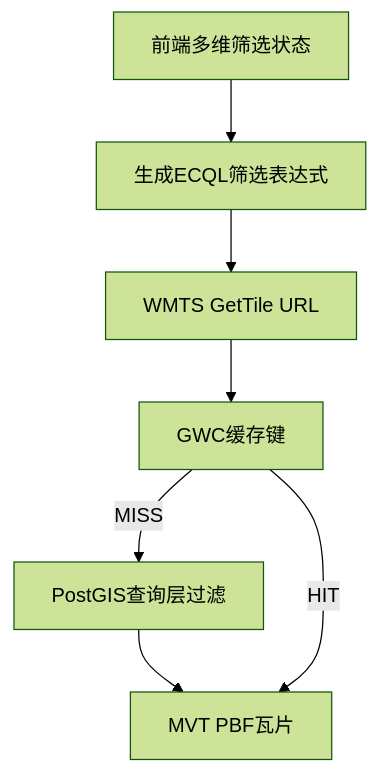
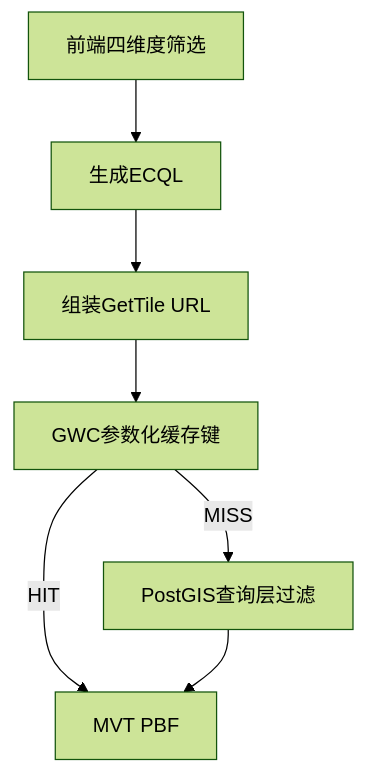
Before and after one commit to zheyi420/Dev-Wiki: the second of 7 diagrams in Blog/mvt-webgl_heatmap-ccl/02-服务层-MVT瓦片与按需明细查询.md, drawn with Mermaid (forest theme). The commit also changed other lines of this file, not shown here.

````diff
--- a/Blog/mvt-webgl_heatmap-ccl/02-服务层-MVT瓦片与按需明细查询.md
+++ b/Blog/mvt-webgl_heatmap-ccl/02-服务层-MVT瓦片与按需明细查询.md
@@ -103,12 +129,13 @@
 ```mermaid
 flowchart TB
-  filterState[前端多维筛选状态]
-  ecql[生成ECQL筛选表达式]
-  wmtsUrl[WMTS GetTile URL]
-  gwcKey[GWC缓存键]
+  selection[前端四维度筛选]
+  ecql[生成ECQL]
+  wmtsUrl[组装GetTile URL]
+  cacheKey[GWC参数化缓存键]
   postgisQuery[PostGIS查询层过滤]
-  pbfTile[MVT PBF瓦片]
-  filterState --> ecql --> wmtsUrl --> gwcKey
-  gwcKey -->|"MISS"| postgisQuery --> pbfTile
-  gwcKey -->|"HIT"| pbfTile
+  pbf[MVT PBF]
+
+  selection --> ecql --> wmtsUrl --> cacheKey
+  cacheKey -->|"HIT"| pbf
+  cacheKey -->|"MISS"| postgisQuery --> pbf
 ```
````
